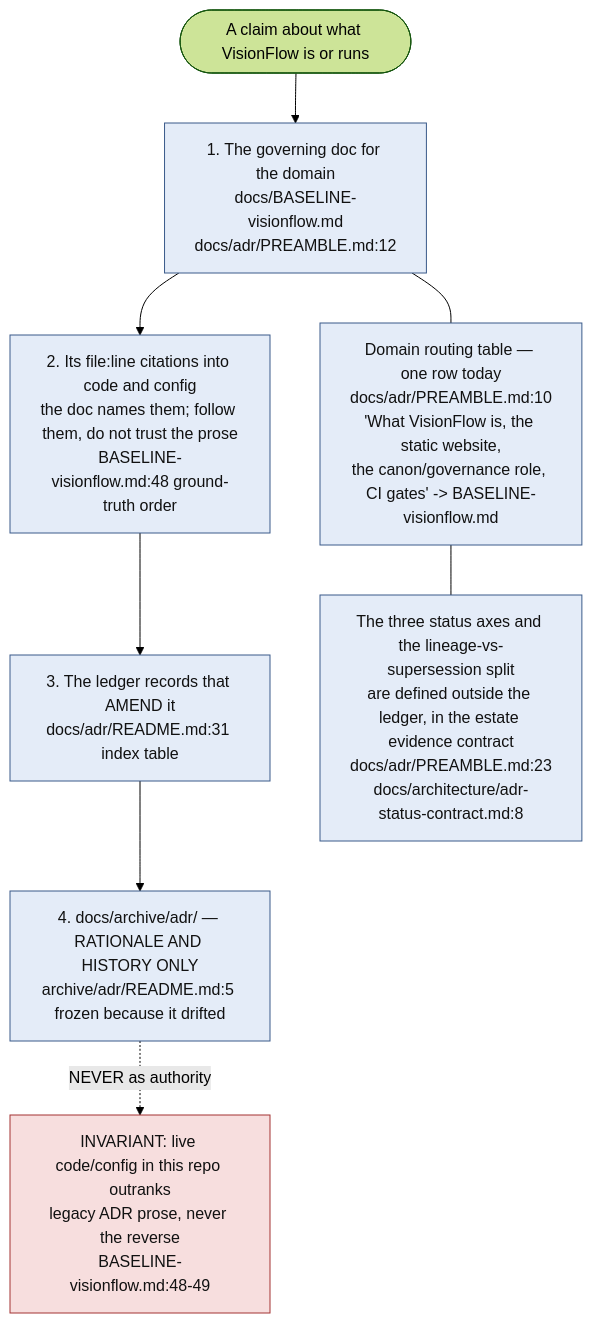
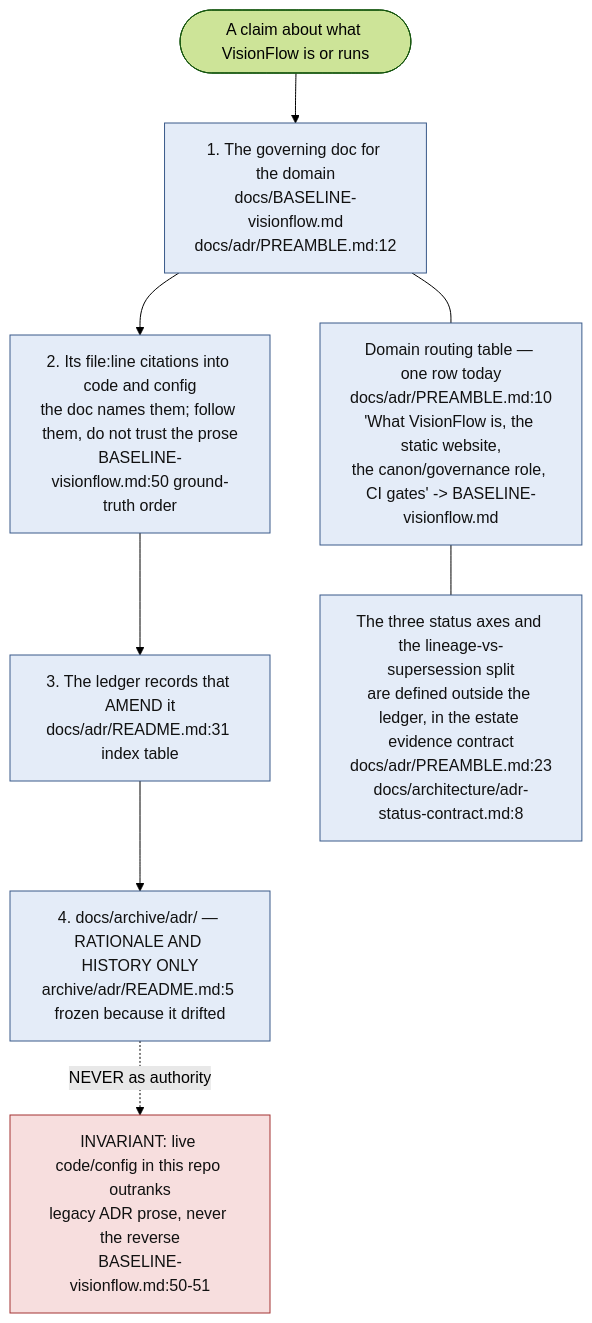
Before and after one commit to DreamLab-AI/VisionFlow: the second of 11 diagrams in docs/diagrams/visionflow/01-repo-composition-and-canon.md, drawn with Mermaid (forest theme). The commit also changed other lines of this file and 160 other files, not shown here.

````diff
--- a/docs/diagrams/visionflow/01-repo-composition-and-canon.md
+++ b/docs/diagrams/visionflow/01-repo-composition-and-canon.md
@@ -112,17 +112,17 @@
 ```mermaid
 flowchart TB
     classDef step fill:#e4ecf8,stroke:#3a5a8a,color:#111
     classDef deny fill:#f7dede,stroke:#a33333,color:#111
 
     Q(["A claim about what VisionFlow is or runs"])
     Q --> S1["1. The governing doc for the domain<br/>docs/BASELINE-visionflow.md<br/>docs/adr/PREAMBLE.md:12"]:::step
-    S1 --> S2["2. Its file:line citations into code and config<br/>the doc names them; follow them, do not trust the prose<br/>BASELINE-visionflow.md:48 ground-truth order"]:::step
+    S1 --> S2["2. Its file:line citations into code and config<br/>the doc names them; follow them, do not trust the prose<br/>BASELINE-visionflow.md:50 ground-truth order"]:::step
     S2 --> S3["3. The ledger records that AMEND it<br/>docs/adr/README.md:31 index table"]:::step
     S3 --> S4["4. docs/archive/adr/ — RATIONALE AND HISTORY ONLY<br/>archive/adr/README.md:5 frozen because it drifted"]:::step
-    S4 -.->|"NEVER as authority"| DENY["INVARIANT: live code/config in this repo outranks<br/>legacy ADR prose, never the reverse<br/>BASELINE-visionflow.md:48-49"]:::deny
+    S4 -.->|"NEVER as authority"| DENY["INVARIANT: live code/config in this repo outranks<br/>legacy ADR prose, never the reverse<br/>BASELINE-visionflow.md:50-51"]:::deny
 
     ROUTE["Domain routing table — one row today<br/>docs/adr/PREAMBLE.md:10<br/>'What VisionFlow is, the static website,<br/>the canon/governance role, CI gates' -> BASELINE-visionflow.md"]:::step
     S1 --- ROUTE
     AXES["The three status axes and the lineage-vs-supersession split<br/>are defined outside the ledger, in the estate evidence contract<br/>docs/adr/PREAMBLE.md:23<br/>docs/architecture/adr-status-contract.md:8"]:::step
     ROUTE --- AXES
 ```
````
